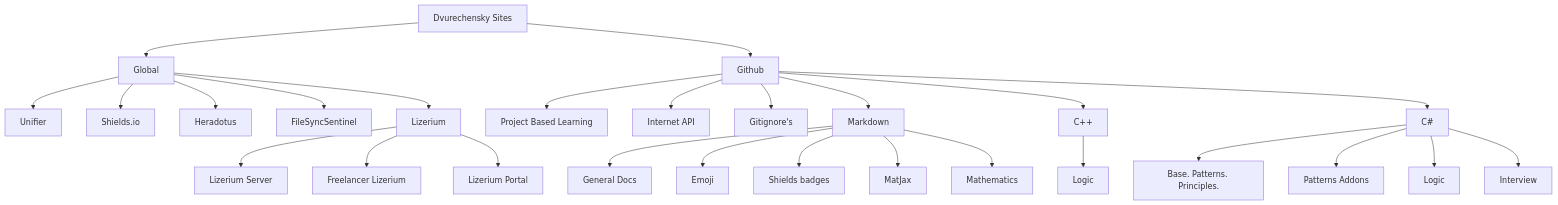
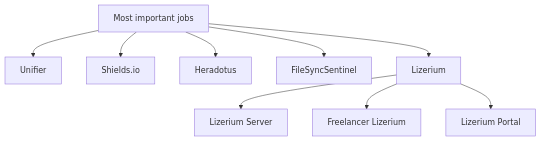
Before and after one commit to Dvurechensky/Dvurechensky: the second of 6 diagrams in docs/en.md, drawn with Mermaid. The commit also changed other lines of this file and 1 other file, not shown here.

````diff
--- a/docs/en.md
+++ b/docs/en.md
@@ -90,29 +97,12 @@
 ```mermaid
 graph TD
-  A[Dvurechensky Sites] --> B[Global]
-  A[Dvurechensky Sites] --> C[Github]
+  B[Most important jobs]
   B --> B1[Unifier]
   B --> B2[Shields.io]
   B --> B3[Heradotus]
   B --> B4[FileSyncSentinel]
   B --> E[Lizerium]
   E --> E1[Lizerium Server]
   E --> E2[Freelancer Lizerium]
   E --> E3[Lizerium Portal]
-  C --> R[Project Based Learning]
-  C --> M[Internet API]
-  C --> G[Gitignore's]
-  C --> H[Markdown]
-  C --> W[C++]
-  W --> W1[Logic]
-  C --> N[C#]
-  N --> N1[Base. Patterns. Principles.]
-  N --> N2[Patterns Addons]
-  N --> N3[Logic]
-  N --> N4[Interview]
-  H --> K[General Docs]
-  H --> L[Emoji]
-  H --> Z[Shields badges]
-  H --> X[MatJax]
-  H --> V[Mathematics]
 ```
````
